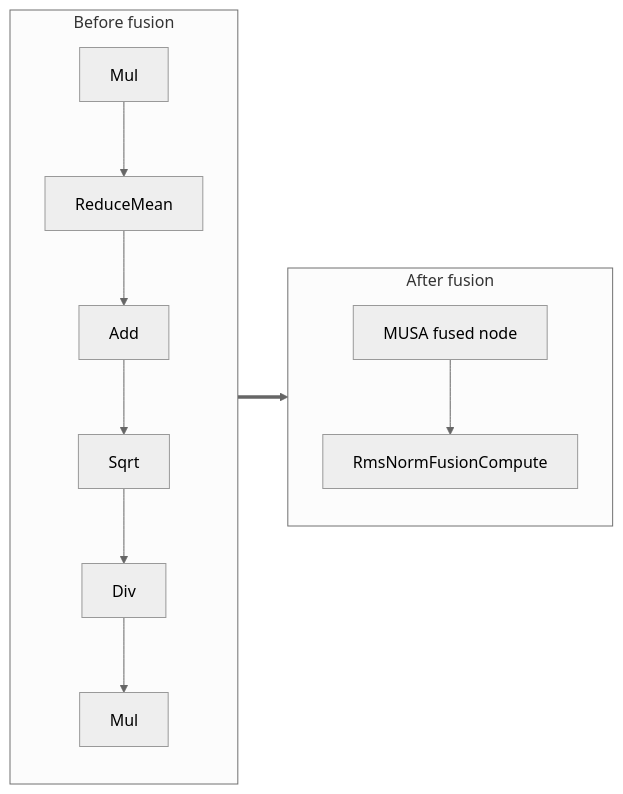
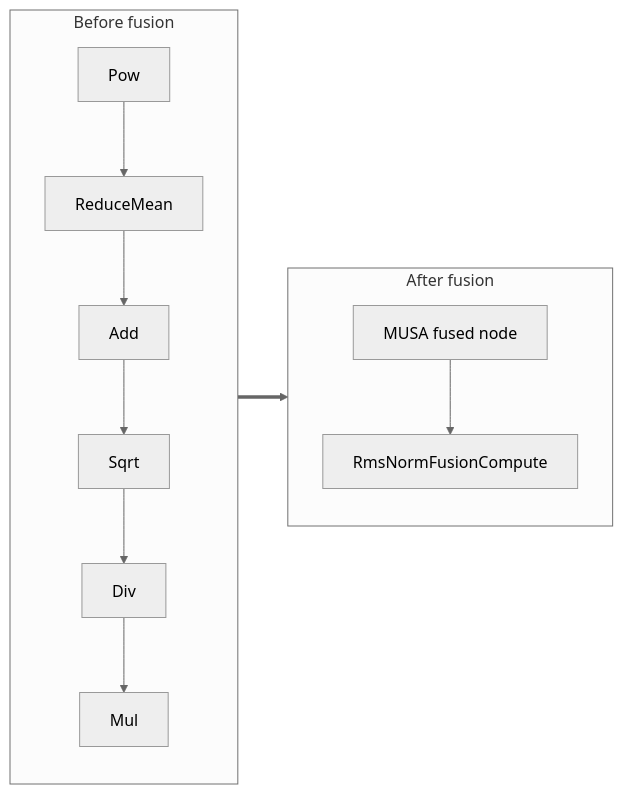
Before and after one commit to MooreThreads/onnxruntime-musa: the diagram in musa/docs/fusion/rms_norm.md, drawn with Mermaid (neutral theme). The commit also changed other lines of this file and 3 other files, not shown here.

````diff
--- a/musa/docs/fusion/rms_norm.md
+++ b/musa/docs/fusion/rms_norm.md
@@ -24,22 +24,22 @@
 ```mermaid
 flowchart LR
   subgraph Before[Before fusion]
-    B0["Mul"]
+    B0["Pow"]
     B1["ReduceMean"]
     B2["Add"]
     B3["Sqrt"]
     B4["Div"]
     B5["Mul"]
     B0 --> B1
     B1 --> B2
     B2 --> B3
     B3 --> B4
     B4 --> B5
   end
   subgraph After[After fusion]
     A0["MUSA fused node"]
     A1["RmsNormFusionCompute"]
     A0 --> A1
   end
   Before ==> After
 ```
````
